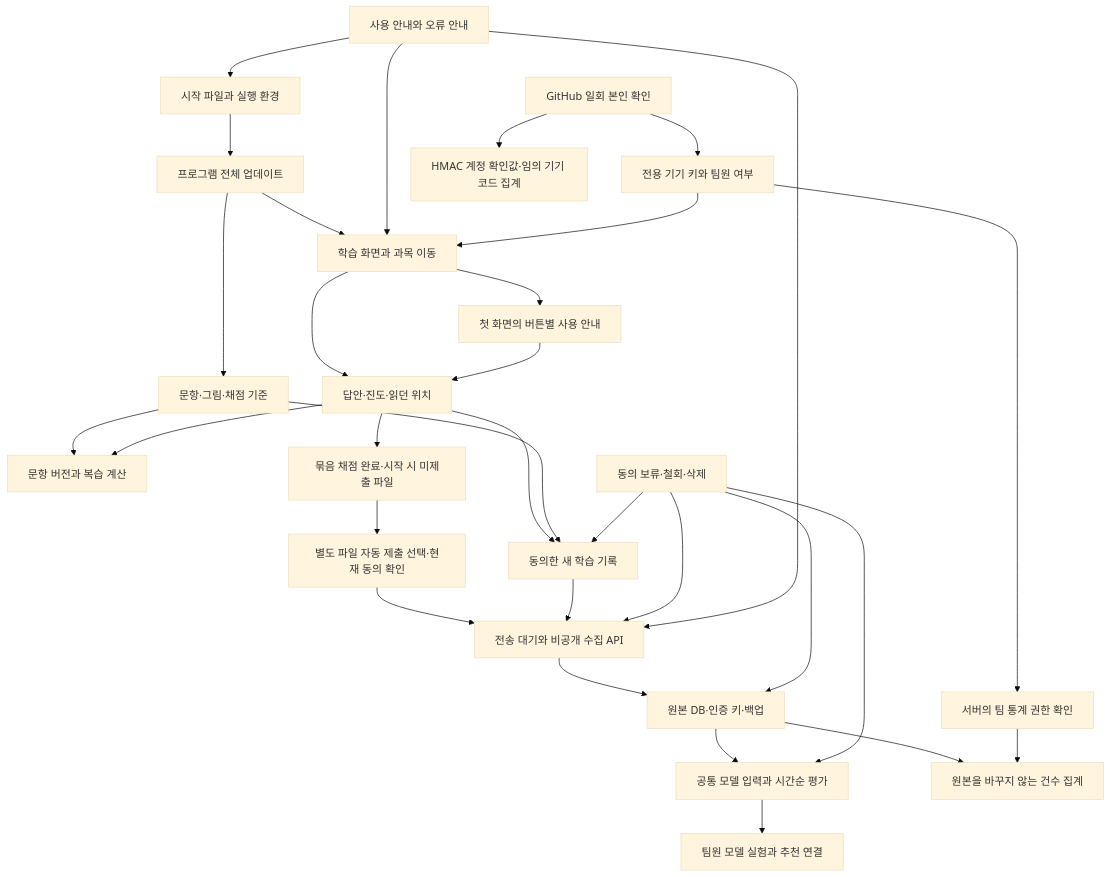
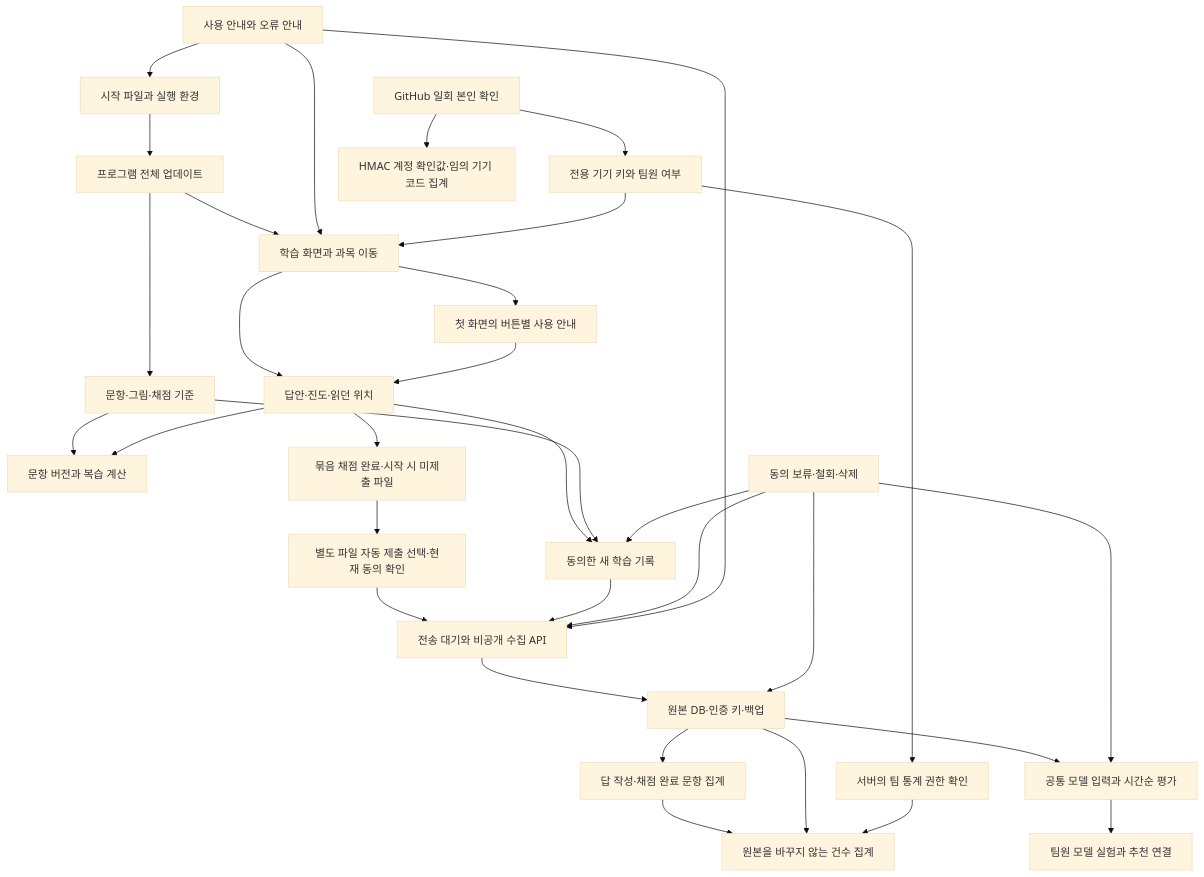
The diagram in docs/CHANGE_IMPACT.md (WaterMinCho/programming-study), drawn with Mermaid (base theme) before and after one commit. The commit also changed other lines of this file and 21 other files, not shown here.

````diff
--- a/docs/CHANGE_IMPACT.md
+++ b/docs/CHANGE_IMPACT.md
@@ -5,33 +5,35 @@
 ```mermaid
 flowchart TD
     A[시작 파일과 실행 환경] --> B[프로그램 전체 업데이트]
     B --> C[학습 화면과 과목 이동]
     B --> D[문항·그림·채점 기준]
     C --> E[답안·진도·읽던 위치]
     D --> F[문항 버전과 복습 계산]
     E --> F
     E --> T[묶음 채점 완료·시작 시 미제출 파일]
     T --> U[별도 파일 자동 제출 선택·현재 동의 확인]
     U --> H
     E --> G[동의한 새 학습 기록]
     D --> G
     G --> H[전송 대기와 비공개 수집 API]
     H --> I[원본 DB·인증 키·백업]
+    I --> V[답 작성·채점 완료 문항 집계]
+    V --> Q
     I --> J[공통 모델 입력과 시간순 평가]
     J --> K[팀원 모델 실험과 추천 연결]
     L[동의 보류·철회·삭제] --> G
     L --> H
     L --> I
     L --> J
     M[사용 안내와 오류 안내] --> A
     M --> C
     M --> H
     N[GitHub 일회 본인 확인] --> O[전용 기기 키와 팀원 여부]
     N --> R[HMAC 계정 확인값·임의 기기 코드 집계]
     O --> C
     C --> S[첫 화면의 버튼별 사용 안내]
     S --> E
     O --> P[서버의 팀 통계 권한 확인]
     I --> Q[원본을 바꾸지 않는 건수 집계]
     P --> Q
 ```
````
